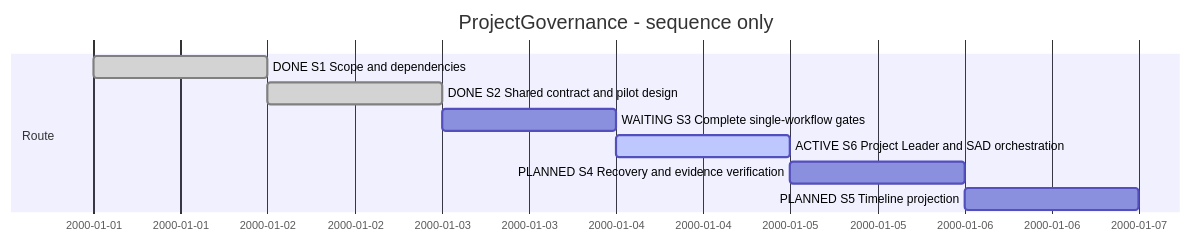
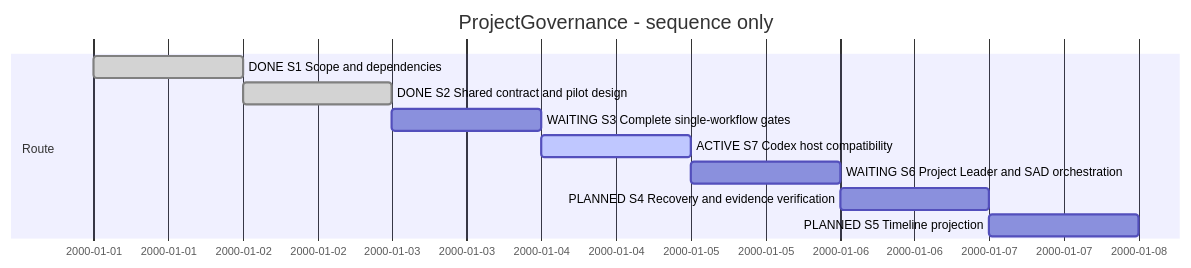
Before and after one commit to Hans-Einar/SDP: the diagram in SDP/Sessions/session-#0007--Project_governance.md, drawn with Mermaid. The commit also changed other lines of this file and 11 other files, not shown here.

````diff
--- a/SDP/Sessions/session-#0007--Project_governance.md
+++ b/SDP/Sessions/session-#0007--Project_governance.md
@@ -11,12 +11,13 @@
 ```mermaid
 gantt
     title ProjectGovernance - sequence only
     dateFormat YYYY-MM-DD
     section Route
     DONE S1 Scope and dependencies :done,s1,2000-01-01,1d
     DONE S2 Shared contract and pilot design :done,s2,after s1,1d
     WAITING S3 Complete single-workflow gates :s3,after s2,1d
-    ACTIVE S6 Project Leader and SAD orchestration :active,s6,after s3,1d
+    ACTIVE S7 Codex host compatibility :active,s7,after s3,1d
+    WAITING S6 Project Leader and SAD orchestration :s6,after s7,1d
     PLANNED S4 Recovery and evidence verification :s4,after s6,1d
     PLANNED S5 Timeline projection :s5,after s4,1d
 ```
````
